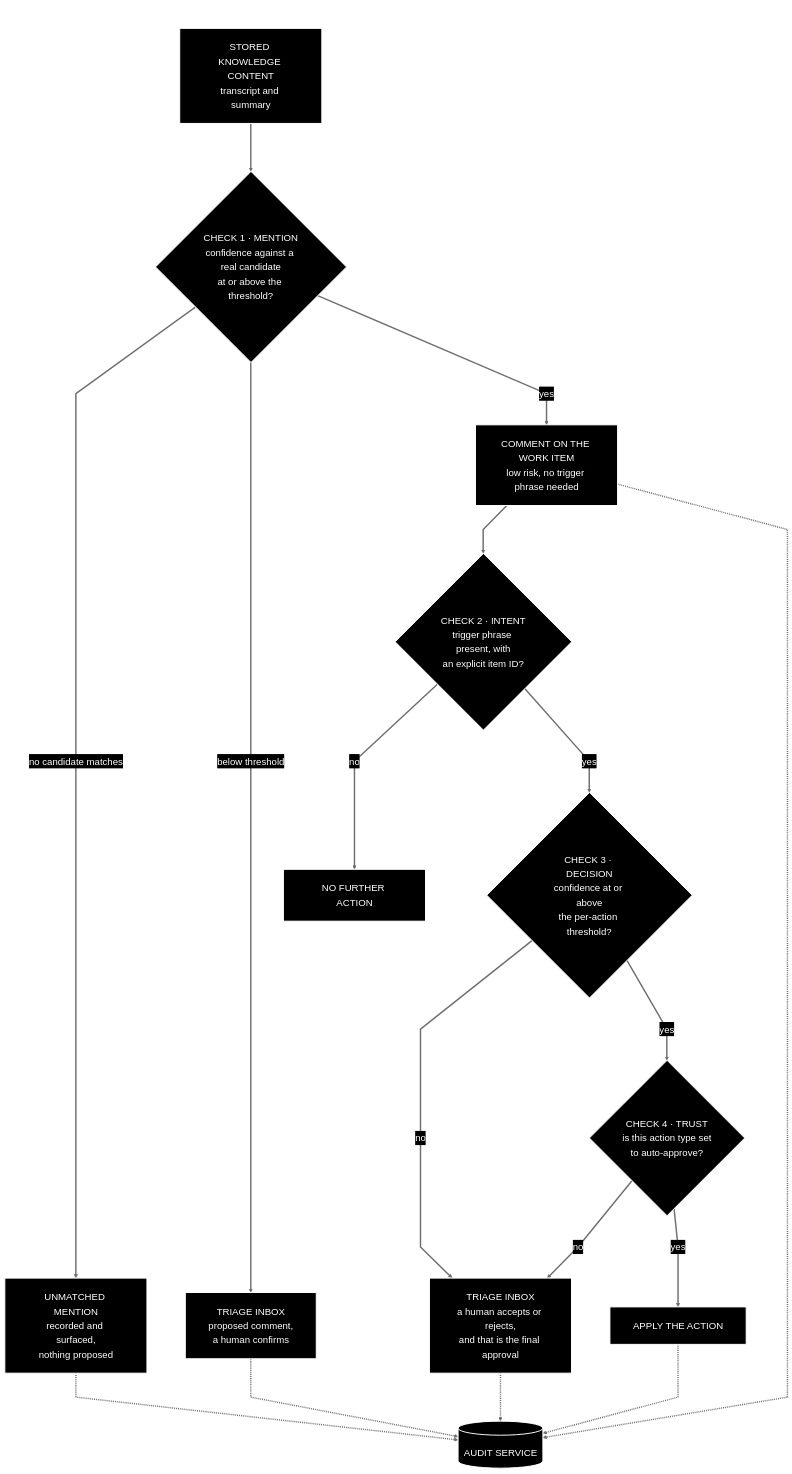
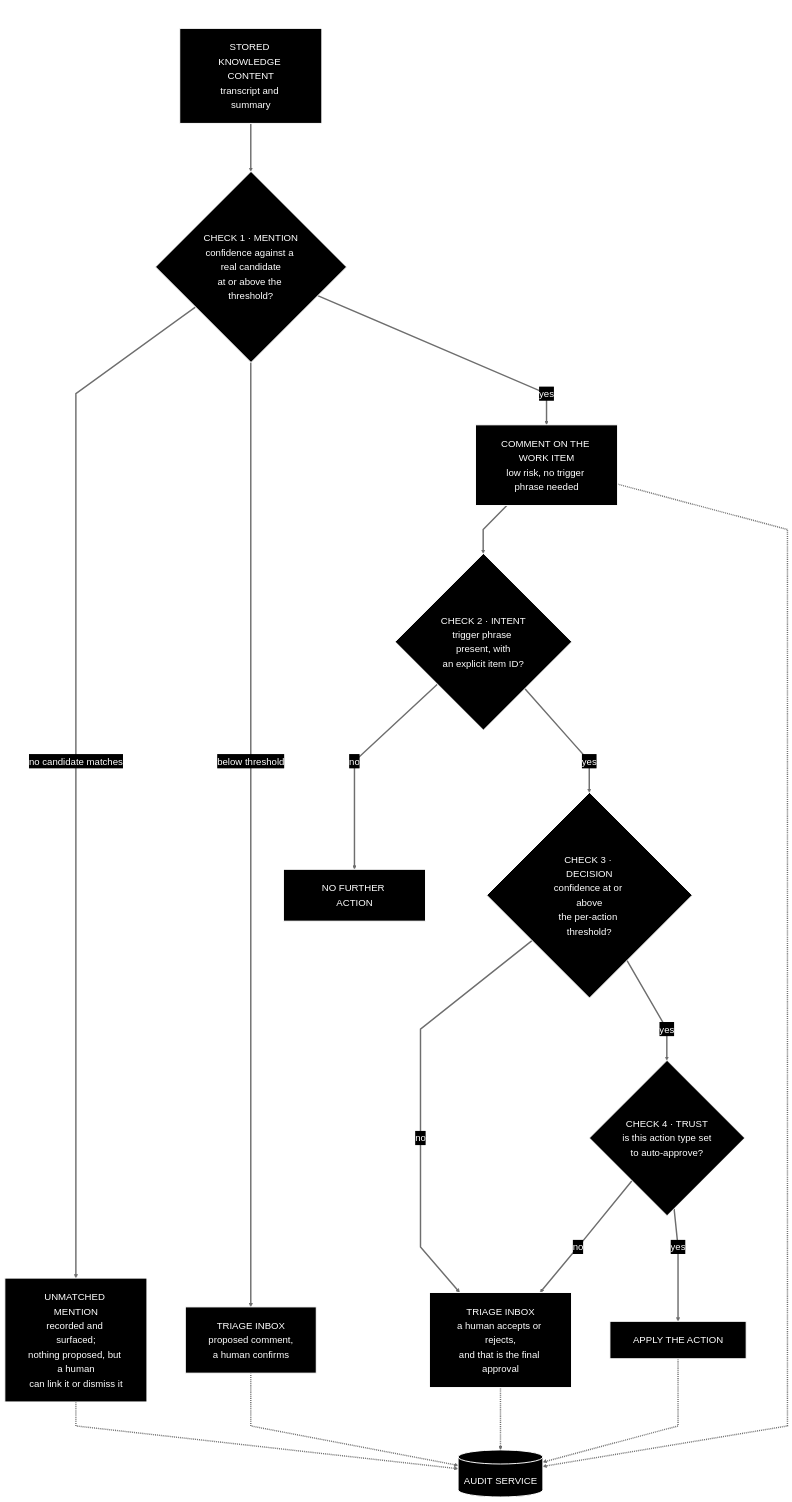
The diagram in docs/prd/09-trust-safety-and-audit.md (JamesTwisleton/capture-knowledge-action), drawn with Mermaid before and after one commit. The commit also changed other lines of this file and 16 other files, not shown here.

````diff
--- a/docs/prd/09-trust-safety-and-audit.md
+++ b/docs/prd/09-trust-safety-and-audit.md
@@ -7,25 +7,25 @@
 ```mermaid
 ---
 title: The gate model, from transcript segment to action
 ---
 %%{init: {"theme":"base","themeVariables":{"background":"#000000","fontSize":"20px","primaryColor":"#000000","primaryTextColor":"#ffffff","primaryBorderColor":"#ffffff","secondaryColor":"#000000","secondaryTextColor":"#ffffff","secondaryBorderColor":"#ffffff","tertiaryColor":"#000000","tertiaryTextColor":"#ffffff","tertiaryBorderColor":"#ffffff","lineColor":"#6e6e6e","textColor":"#ffffff","mainBkg":"#000000","nodeBorder":"#ffffff","nodeTextColor":"#ffffff","clusterBkg":"#000000","clusterBorder":"#ffffff","titleColor":"#6e6e6e","edgeLabelBackground":"#000000"},"flowchart":{"nodeSpacing":80,"rankSpacing":100,"padding":24,"curve":"linear"},"themeCSS":"svg{background:#000000 !important;}"}}%%
 flowchart TB
   T["STORED KNOWLEDGE CONTENT<br/>transcript and summary"] ==> G1{"CHECK 1 · MENTION<br/>confidence against a real candidate<br/>at or above the threshold?"}
-  G1 ==>|"no candidate matches"| X1["UNMATCHED MENTION<br/>recorded and surfaced,<br/>nothing proposed"]
+  G1 ==>|"no candidate matches"| X1["UNMATCHED MENTION<br/>recorded and surfaced;<br/>nothing proposed, but a human<br/>can link it or dismiss it"]
   G1 ==>|"below threshold"| PC["TRIAGE INBOX<br/>proposed comment,<br/>a human confirms"]
   G1 ==>|"yes"| C1["COMMENT ON THE WORK ITEM<br/>low risk, no trigger phrase needed"]
   C1 ==> G2{"CHECK 2 · INTENT<br/>trigger phrase present, with<br/>an explicit item ID?"}
   G2 ==>|"no"| X2["NO FURTHER ACTION"]
   G2 ==>|"yes"| G3{"CHECK 3 · DECISION<br/>confidence at or above<br/>the per-action threshold?"}
   G3 ==>|"no"| INBOX["TRIAGE INBOX<br/>a human accepts or rejects,<br/>and that is the final approval"]
   G3 ==>|"yes"| G4{"CHECK 4 · TRUST<br/>is this action type set<br/>to auto-approve?"}
   G4 ==>|"no"| INBOX
   G4 ==>|"yes"| ACT["APPLY THE ACTION"]
   C1 -.-> AUD[("AUDIT SERVICE")]
   X1 -.-> AUD
   PC -.-> AUD
   INBOX -.-> AUD
   ACT -.-> AUD
   classDef default fill:#000000,stroke:#ffffff,stroke-width:2px,color:#ffffff
   linkStyle default stroke:#6e6e6e,stroke-width:3px
 ```
````
